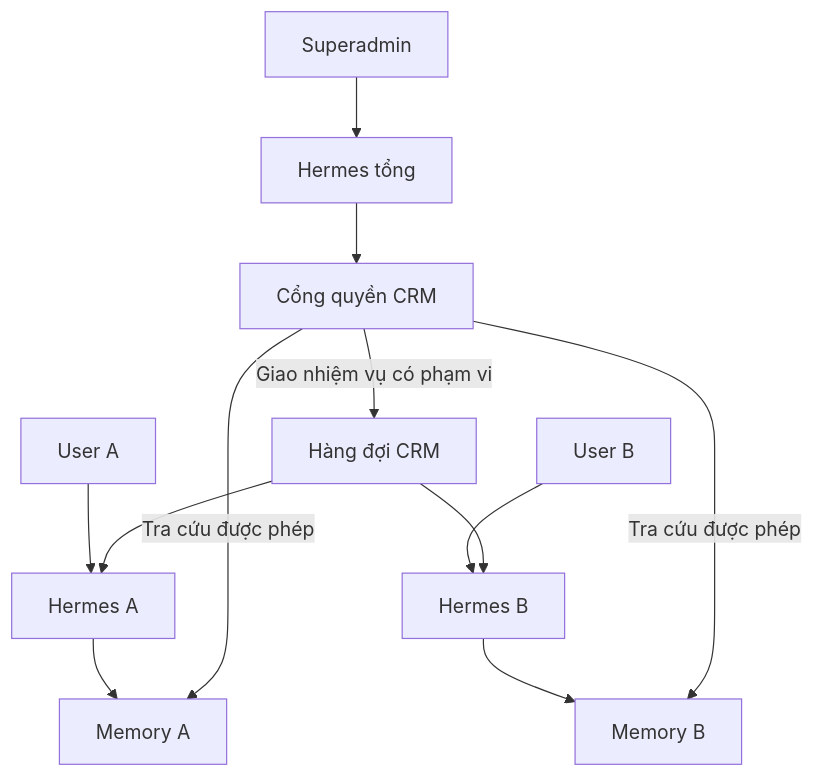
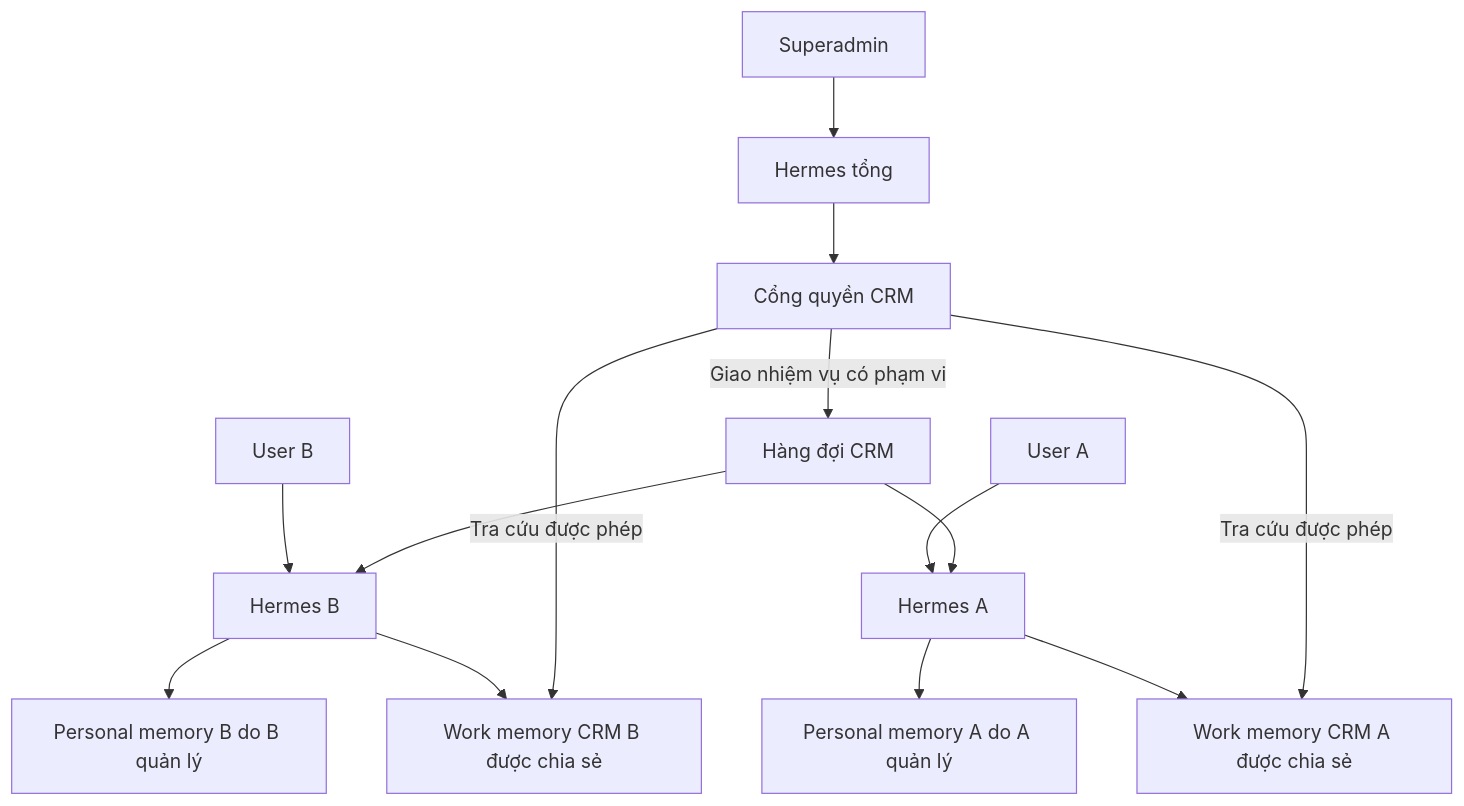
One commit to zxGreenxz/whiteboard-ihomecrm changed the third of 3 diagrams in docs/plans/hermes-crm/PLAN.md. Above: the diagram before and after it, drawn with Mermaid. The commit also changed other lines of this file and 155 other files, not shown here.

````diff
--- a/docs/plans/hermes-crm/PLAN.md
+++ b/docs/plans/hermes-crm/PLAN.md
@@ -323,14 +369,16 @@
 ```mermaid
 flowchart TD
   A[User A] --> HA[Hermes A]
-  HA --> MA[Memory A]
+  HA --> PA[Personal memory A do A quản lý]
+  HA --> MA[Work memory CRM A được chia sẻ]
   B[User B] --> HB[Hermes B]
-  HB --> MB[Memory B]
+  HB --> PB[Personal memory B do B quản lý]
+  HB --> MB[Work memory CRM B được chia sẻ]
   S[Superadmin] --> HS[Hermes tổng]
   HS --> G[Cổng quyền CRM]
   G -->|Tra cứu được phép| MA
   G -->|Tra cứu được phép| MB
   G -->|Giao nhiệm vụ có phạm vi| Q[Hàng đợi CRM]
   Q --> HA
   Q --> HB
 ```
````
